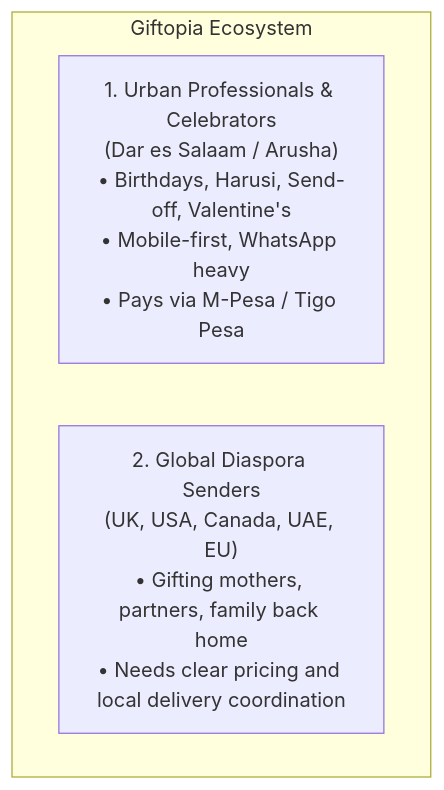
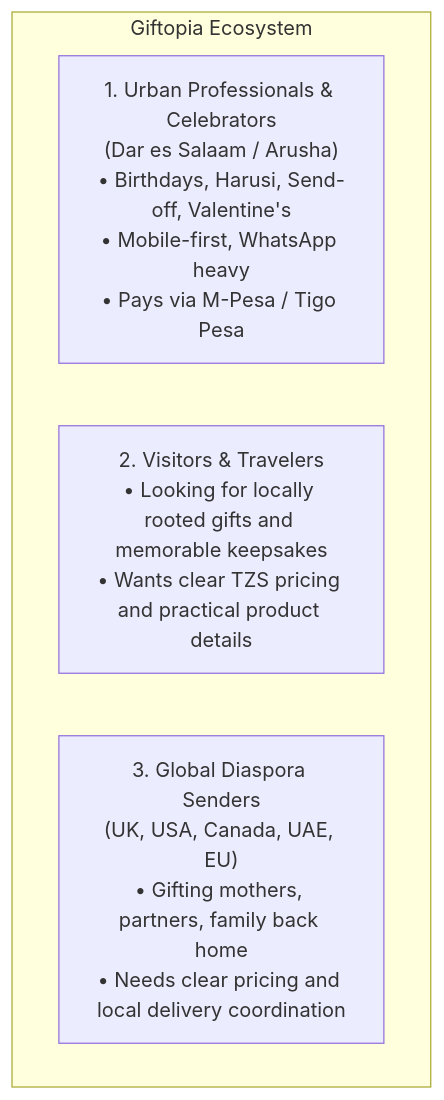
One commit to stevemeister5/frembogifts changed the first of 2 diagrams in docs/brand_and_ux_strategy_tanzania.md. Above: the diagram before and after it, drawn with Mermaid. The commit also changed other lines of this file and 3 other files, not shown here.

````diff
--- a/docs/brand_and_ux_strategy_tanzania.md
+++ b/docs/brand_and_ux_strategy_tanzania.md
@@ -7,7 +7,8 @@
 ```mermaid
 flowchart TD
     subgraph Market["Giftopia Ecosystem"]
         A["1. Urban Professionals & Celebrators<br/>(Dar es Salaam / Arusha)<br/>• Birthdays, Harusi, Send-off, Valentine's<br/>• Mobile-first, WhatsApp heavy<br/>• Pays via M-Pesa / Tigo Pesa"]
-        B["2. Global Diaspora Senders<br/>(UK, USA, Canada, UAE, EU)<br/>• Gifting mothers, partners, family back home<br/>• Needs clear pricing and local delivery coordination"]
+        B["2. Visitors & Travelers<br/>• Looking for locally rooted gifts and memorable keepsakes<br/>• Wants clear TZS pricing and practical product details"]
+        C["3. Global Diaspora Senders<br/>(UK, USA, Canada, UAE, EU)<br/>• Gifting mothers, partners, family back home<br/>• Needs clear pricing and local delivery coordination"]
     end
 ```
````
